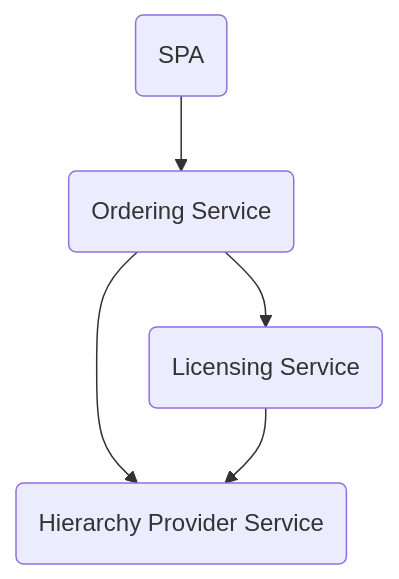
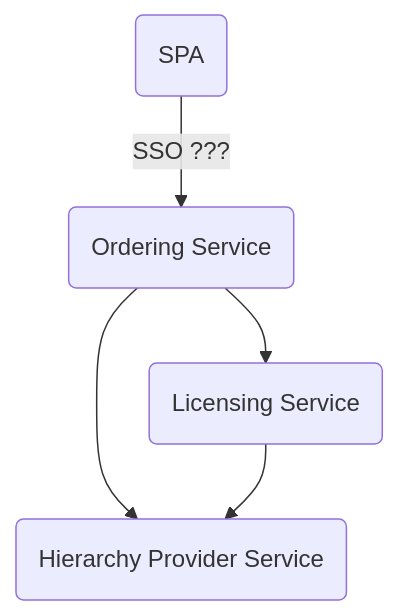
Before and after one commit to bettermarks/license-manager-POC: the first of 4 diagrams in docs/service-communication.md, drawn with Mermaid. The commit also changed other lines of this file and 1 other file, not shown here.

Commit message:
docs: service communication extended

````diff
--- a/docs/service-communication.md
+++ b/docs/service-communication.md
@@ -9,7 +9,12 @@
 ```mermaid
 flowchart TD
-SPA(SPA)-->ORDS(Ordering Service);
-ORDS(Ordering Service)-->LICS(Licensing Service);
-ORDS(Ordering Service)-->HIPS(Hierarchy Provider Service);
-LICS(Licensing Service)-->HIPS(Hierarchy Provider Service);
+ORDS(Ordering Service)
+SPA(SPA)
+HIPS(Hierarchy Provider Service)
+LICS(Licensing Service)
+
+SPA--> |SSO ???| ORDS;
+ORDS-->LICS;
+ORDS-->HIPS;
+LICS-->HIPS;
 ```
````
